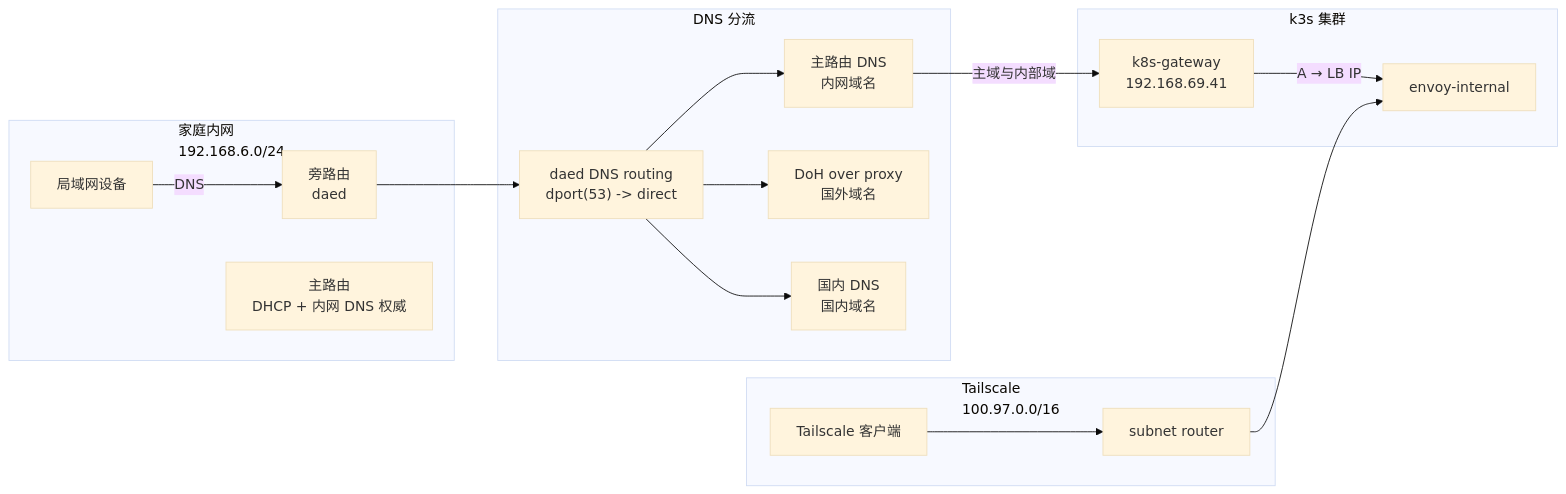
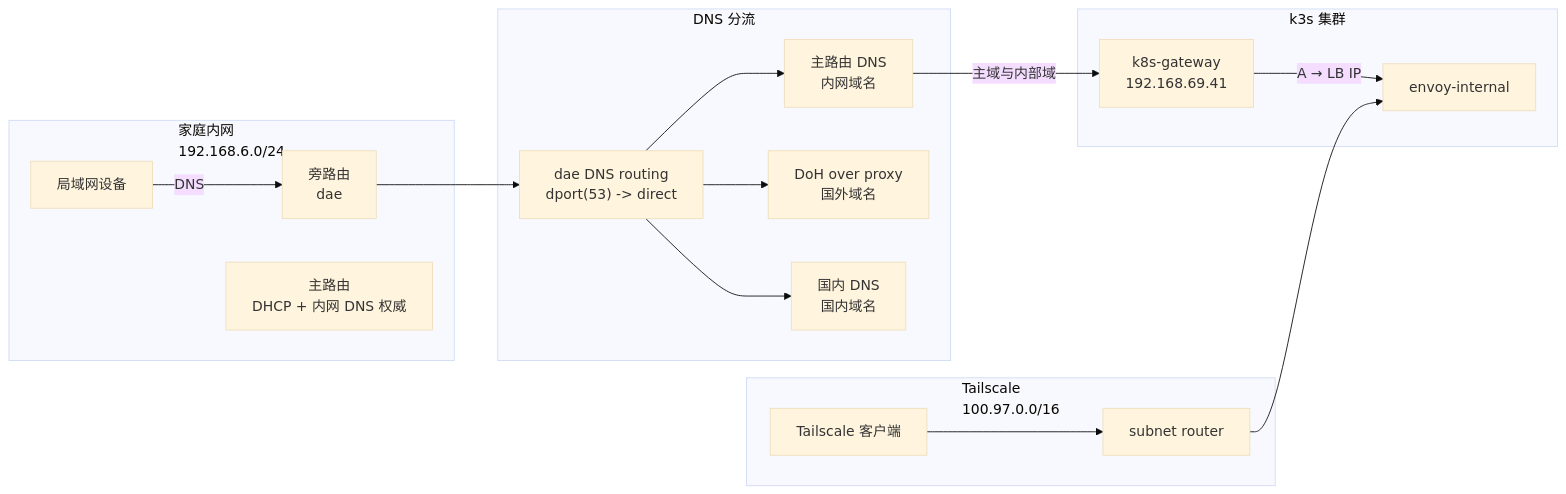
The fourth of 8 diagrams in docs/ARCHITECTURE.md (shelken/home-ops), drawn with Mermaid (base theme) before and after one commit. The commit also changed other lines of this file and 11 other files, not shown here.

First line of the commit message:
feat(router): 旁路由 dae 声明式下发，取代 daed

````diff
--- a/docs/ARCHITECTURE.md
+++ b/docs/ARCHITECTURE.md
@@ -241,35 +241,35 @@
 ```mermaid
 graph LR
     subgraph LAN["家庭内网<br/>192.168.6.0/24"]
         Client["局域网设备"]
-        BYPASS["旁路由<br/>daed"]
+        BYPASS["旁路由<br/>dae"]
         Router["主路由<br/>DHCP + 内网 DNS 权威"]
     end
 
     subgraph DNSPATH["DNS 分流"]
-        DaeDNS["daed DNS routing<br/>dport(53) -> direct"]
+        DaeDNS["dae DNS routing<br/>dport(53) -> direct"]
         RouterDNS["主路由 DNS<br/>内网域名"]
         ForeignDNS["DoH over proxy<br/>国外域名"]
         CNDNS["国内 DNS<br/>国内域名"]
     end
 
     subgraph TS["Tailscale<br/>100.97.0.0/16"]
         TS_Client["Tailscale 客户端"]
         TS_Subnet["subnet router"]
     end
 
     subgraph K8S["k3s 集群"]
         K8sGW["k8s-gateway<br/>192.168.69.41"]
         Envoy_Internal["envoy-internal"]
     end
 
     Client -->|"DNS"| BYPASS
     BYPASS --> DaeDNS
     DaeDNS --> RouterDNS
     DaeDNS --> ForeignDNS
     DaeDNS --> CNDNS
     RouterDNS -->|"主域与内部域"| K8sGW
     K8sGW -->|"A → LB IP"| Envoy_Internal
     TS_Client --> TS_Subnet
     TS_Subnet --> Envoy_Internal
 ```
````
